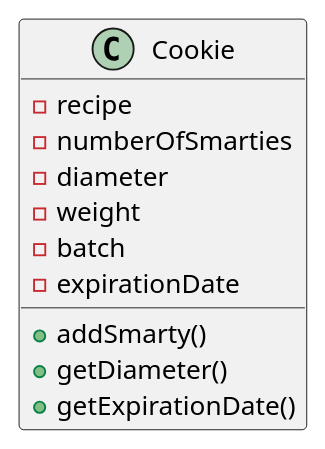
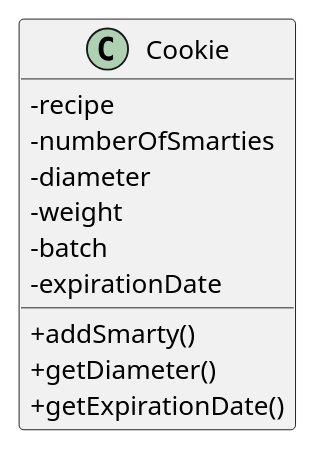
Before and after one commit to BioBoost/object-oriented-programming-using-java: the diagram in oop/introduction.md, drawn with PlantUML.

Commit message:
Remove symbols for access modifiers from uml diagram

```diff
--- a/oop/introduction.md
+++ b/oop/introduction.md
@@ -156,13 +156,15 @@
 {% plantuml %}
+skinparam classAttributeIconSize 0
+
 Class Cookie {
   -recipe
   -numberOfSmarties
   -diameter
   -weight
   -batch
   -expirationDate
   +addSmarty()
   +getDiameter()
   +getExpirationDate()
 }
 {% endplantuml %}
```
